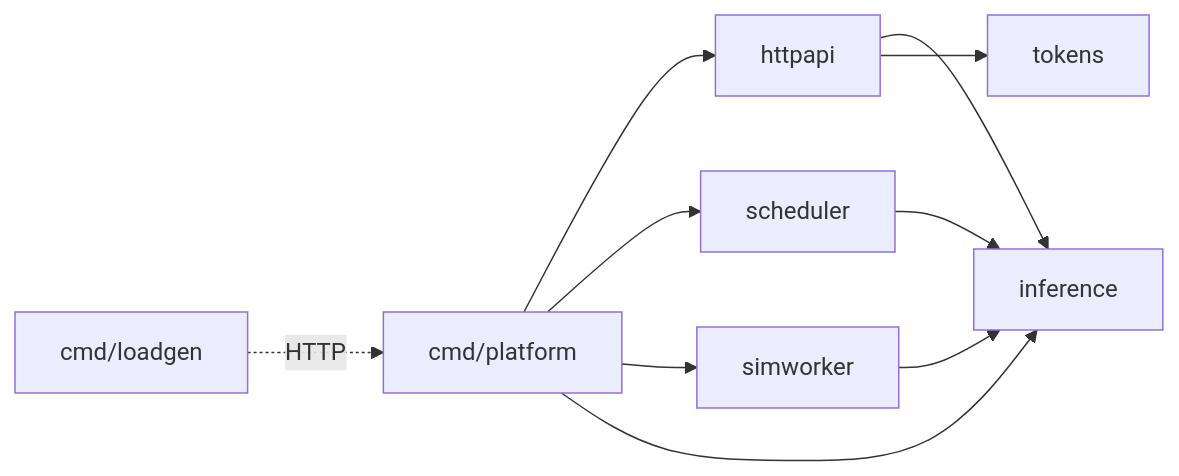
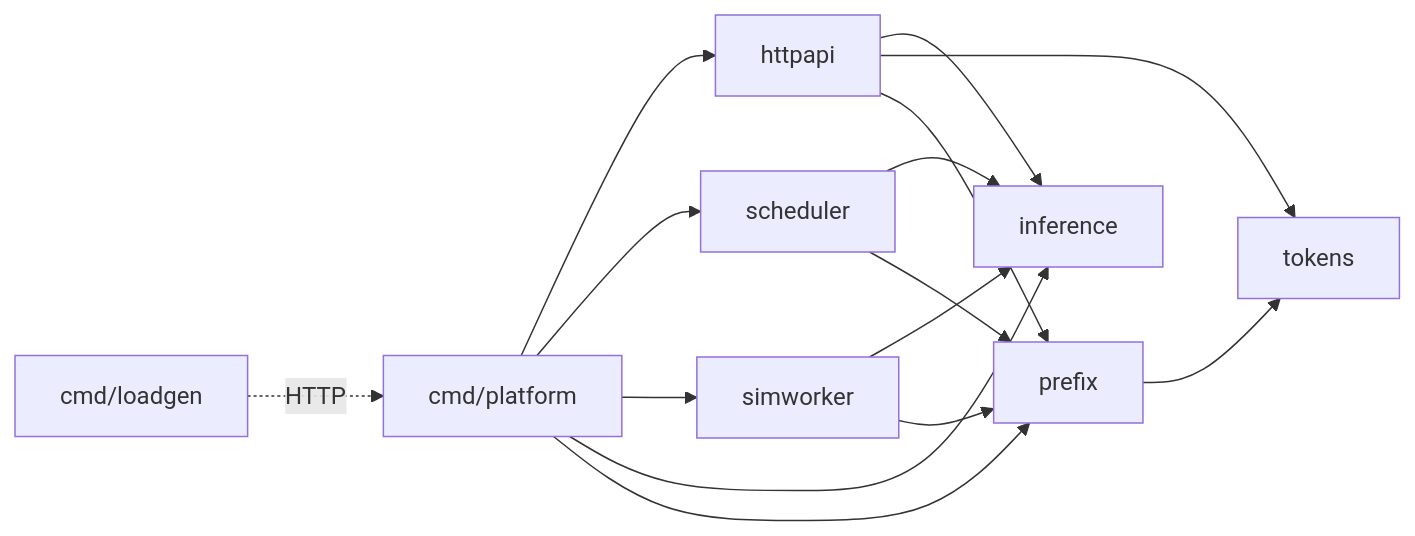
Before and after one commit to esnchez/llm-inference-platform: the second of 2 diagrams in docs/servicio/01-arquitectura.md, drawn with Mermaid. The commit also changed other lines of this file and 26 other files, not shown here.

````diff
--- a/docs/servicio/01-arquitectura.md
+++ b/docs/servicio/01-arquitectura.md
@@ -57,8 +60,9 @@
 ```mermaid
 flowchart LR
-    main[cmd/platform] --> httpapi & scheduler & simworker & inference
+    main[cmd/platform] --> httpapi & scheduler & simworker & inference & prefix
     loadgen[cmd/loadgen] -. HTTP .-> main
-    httpapi --> inference & tokens
-    scheduler --> inference
-    simworker --> inference
+    httpapi --> inference & tokens & prefix
+    scheduler --> inference & prefix
+    simworker --> inference & prefix
+    prefix --> tokens
 ```
````
